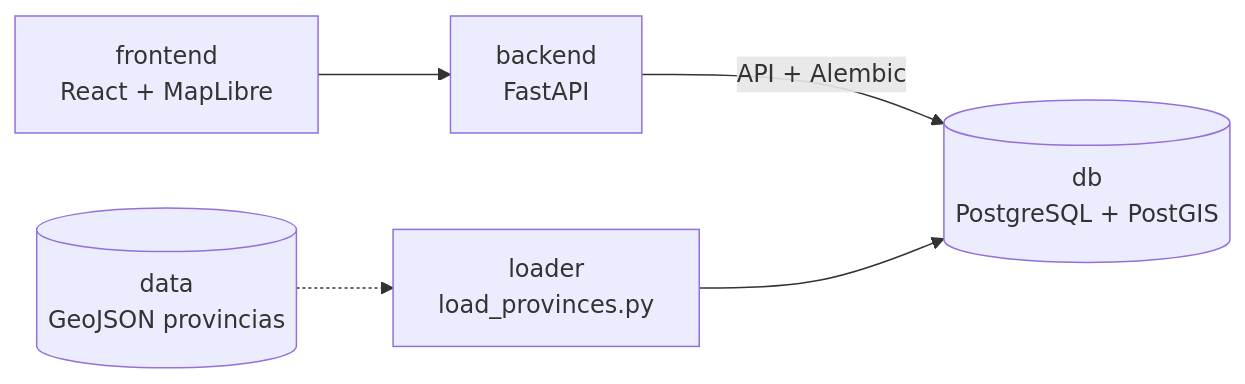
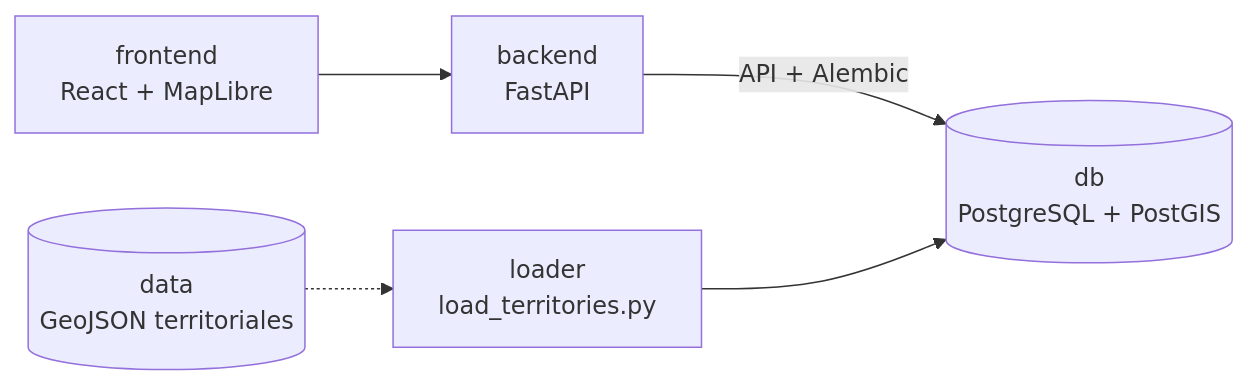
One commit to andresgarcia2001/atlas-territorial changed the diagram in README.md. Above: the diagram before and after it, drawn with Mermaid. The commit also changed other lines of this file and 13 other files, not shown here.

````diff
--- a/README.md
+++ b/README.md
@@ -18,7 +21,7 @@
 ```mermaid
 flowchart LR
   frontend[frontend<br/>React + MapLibre] --> backend[backend<br/>FastAPI]
   backend -->|API + Alembic| db[(db<br/>PostgreSQL + PostGIS)]
-  loader[loader<br/>load_provinces.py] --> db
-  data[(data<br/>GeoJSON provincias)] -.-> loader
+  loader[loader<br/>load_territories.py] --> db
+  data[(data<br/>GeoJSON territoriales)] -.-> loader
 ```
````
